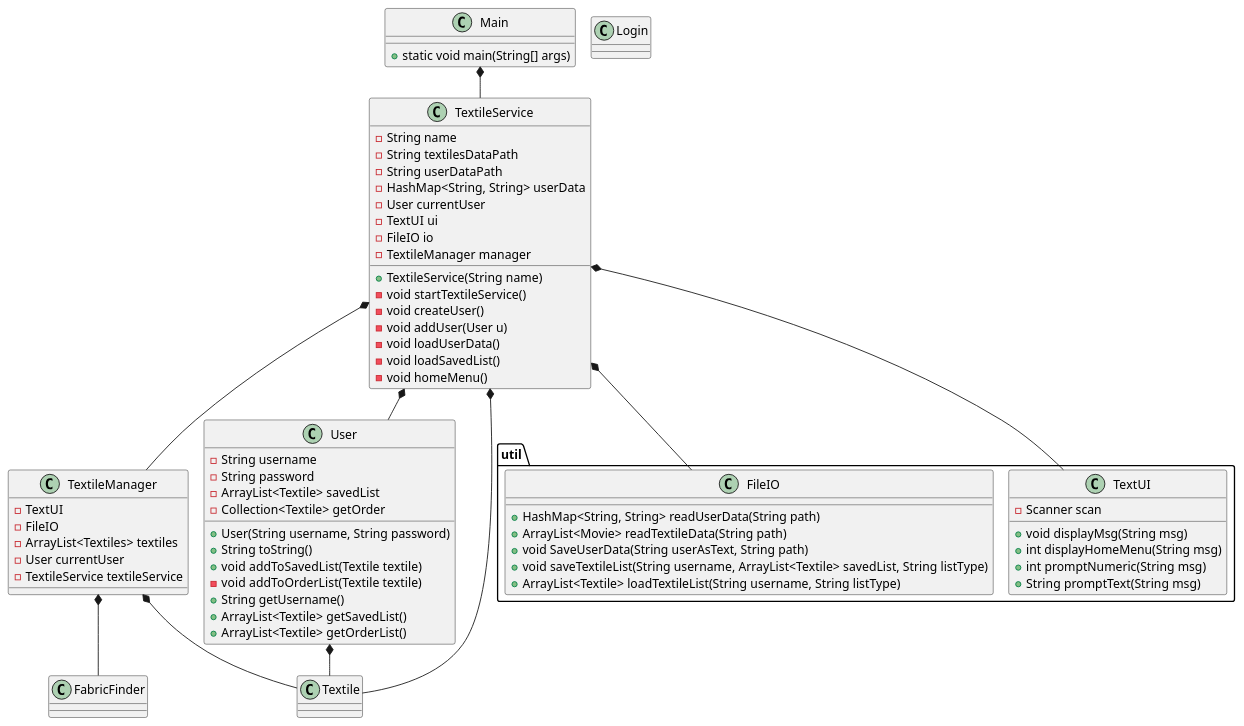
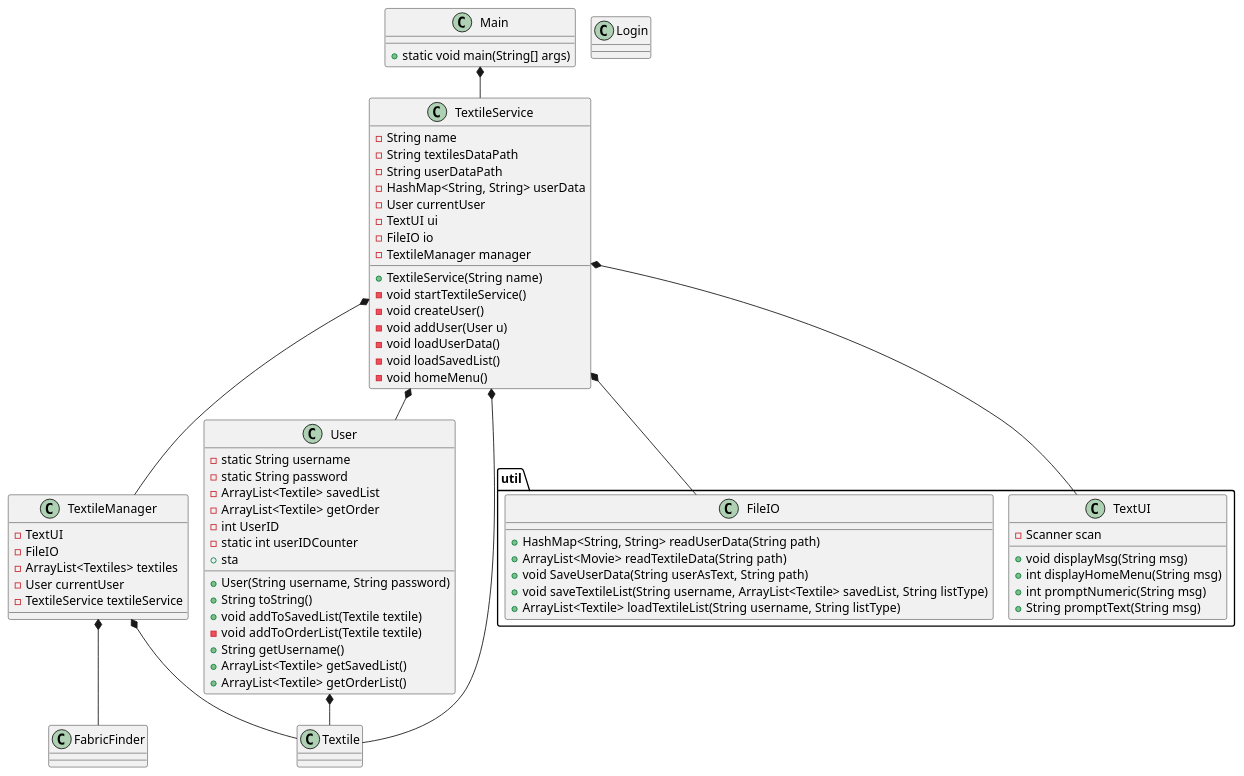
The diagram in doc/classdiagram/classdiagram.puml (Griffenholm/ICE), drawn with PlantUML before and after one commit. The commit also changed 2 other files, not shown here.

```diff
--- a/doc/classdiagram/classdiagram.puml
+++ b/doc/classdiagram/classdiagram.puml
@@ -1,85 +1,88 @@
 @startuml
 !pragma layout smetana
 
 class Main {
 + static void main(String[] args)
 }
 
 
 class TextileService{
 - String name
 - String textilesDataPath
 - String userDataPath
 - HashMap<String, String> userData
 - User currentUser
 - TextUI ui
 - FileIO io
 - TextileManager manager
 + TextileService(String name)
 - void startTextileService()
 - void createUser()
 - void addUser(User u)
 - void loadUserData()
 - void loadSavedList()
 - void homeMenu()
 }
 
 class TextileManager{
 - TextUI
 - FileIO
 - ArrayList<Textiles> textiles
 - User currentUser
 - TextileService textileService
 }
 
 class FabricFinder{
 }
 
 class Login{
 }
 
 class User {
-- String username
-- String password
+- static String username
+- static String password
 - ArrayList<Textile> savedList
-- Collection<Textile> getOrder
+- ArrayList<Textile> getOrder
+- int UserID
+- static int userIDCounter
++ sta
 + User(String username, String password)
 + String toString()
 + void addToSavedList(Textile textile)
 - void addToOrderList(Textile textile)
 + String getUsername()
 + ArrayList<Textile> getSavedList()
 + ArrayList<Textile> getOrderList()
 }
 
 class Textile {}
 
 package "util" {
 
 class TextUI {
 - Scanner scan
 + void displayMsg(String msg)
 + int displayHomeMenu(String msg)
 + int promptNumeric(String msg)
 + String promptText(String msg)
 }
 
 class FileIO {
 + HashMap<String, String> readUserData(String path)
 + ArrayList<Movie> readTextileData(String path)
 + void SaveUserData(String userAsText, String path)
 + void saveTextileList(String username, ArrayList<Textile> savedList, String listType)
 + ArrayList<Textile> loadTextileList(String username, String listType)
 }
 }
 
 Main *-- TextileService
 TextileService *-- FileIO
 TextileService *-- TextUI
 TextileService *-- User
 TextileService *-- TextileManager
 TextileManager *-- Textile
 TextileManager *-- FabricFinder
 TextileService *-- Textile
 User *-- Textile
 @enduml
```
